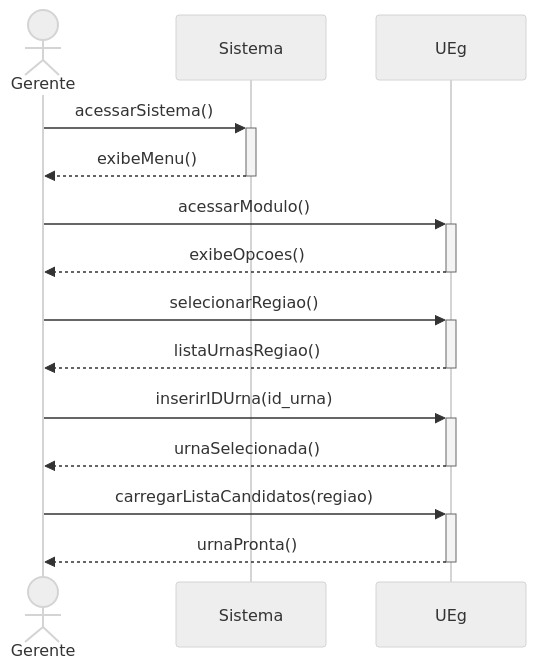
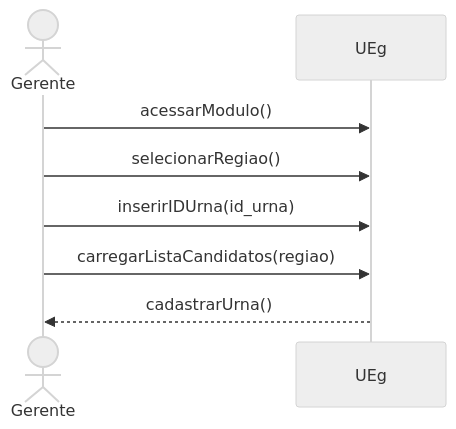
Before and after one commit to CittaSebas/UrnaEletronica: the first of 6 diagrams in README.md, drawn with Mermaid (neutral theme). The commit also changed other lines of this file, not shown here.

Commit message:
Atualizei o diagrama de classes e os de sequência, bem como o UC_06 e o UC_04

````diff
--- a/README.md
+++ b/README.md
@@ -98,22 +98,11 @@
 ```mermaid
 sequenceDiagram
-    %% UC-01 – Cadastrar a Urna
     actor Gerente
-    participant Sistema
     participant UEg
 
-    Gerente->>+Sistema: acessarSistema()
-    Sistema-->>-Gerente: exibeMenu()
-
-    Gerente->>+UEg: acessarModulo()
-    UEg-->>-Gerente: exibeOpcoes()
-
-    Gerente->>+UEg: selecionarRegiao()
-    UEg-->>-Gerente: listaUrnasRegiao()
-
-    Gerente->>+UEg: inserirIDUrna(id_urna)
-    UEg-->>-Gerente: urnaSelecionada()
-
-    Gerente->>+UEg: carregarListaCandidatos(regiao)
-    UEg-->>-Gerente: urnaPronta()
+    Gerente->>UEg: acessarModulo()
+    Gerente->>UEg: selecionarRegiao()
+    Gerente->>UEg: inserirIDUrna(id_urna)
+    Gerente->>UEg: carregarListaCandidatos(regiao)
+    UEg-->>Gerente: cadastrarUrna()
 ```
````
